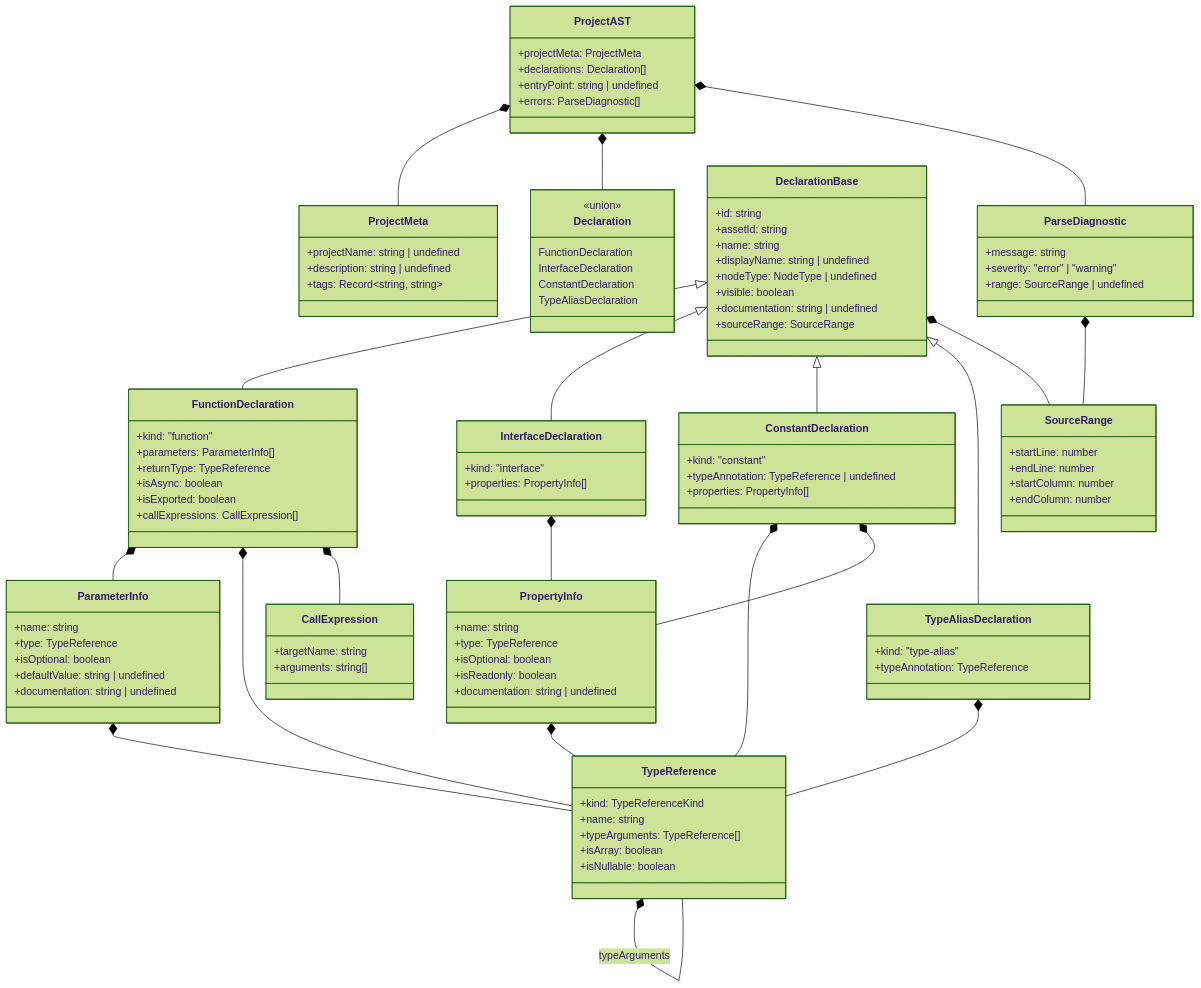
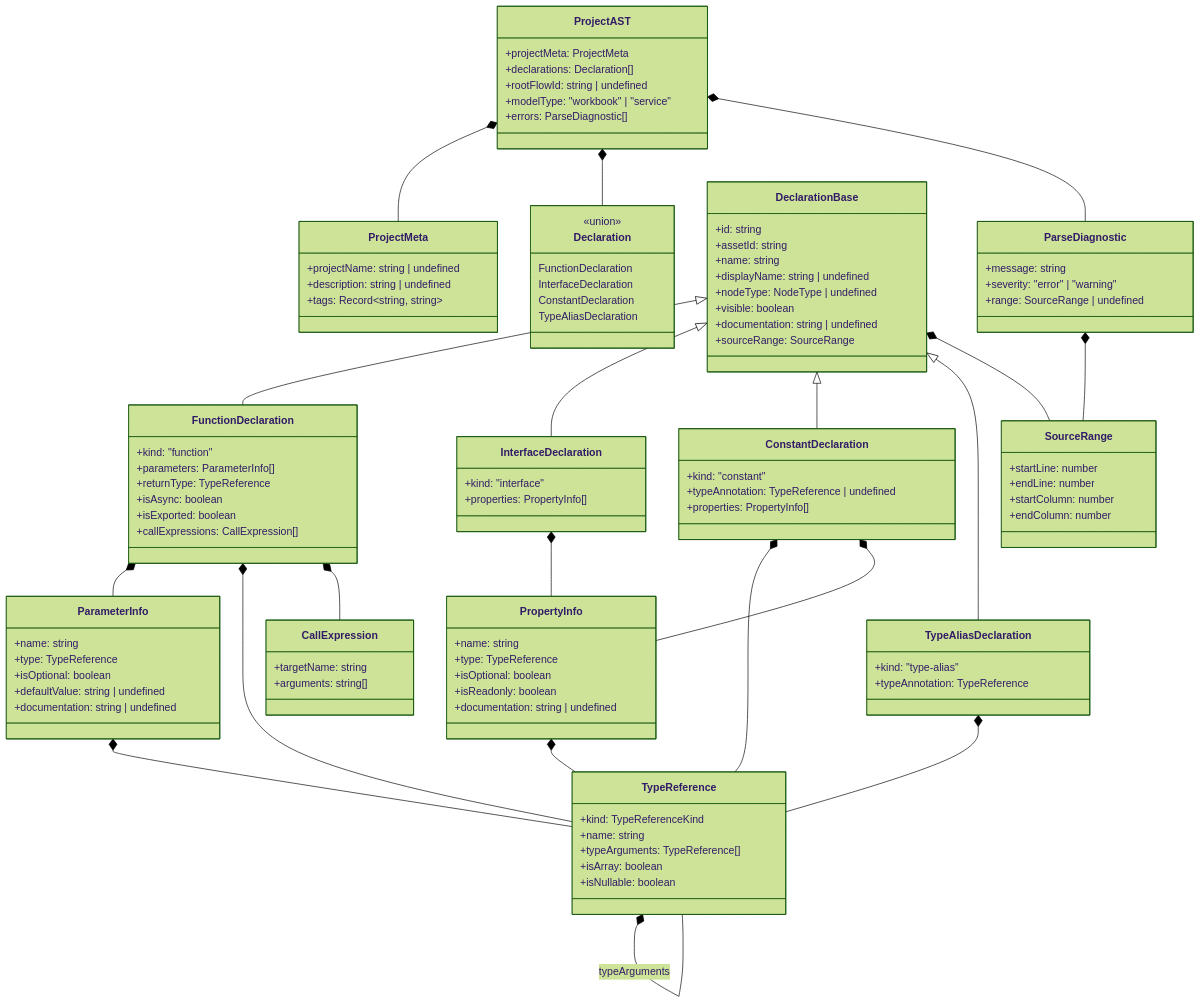
Before and after one commit to rimvydasb/open-modeler-ts: the second of 5 diagrams in docs/03-AST-PARSING.md, drawn with Mermaid (forest theme). The commit also changed other lines of this file and 1 other file, not shown here.

Commit message:
refactor architecture documentation: update ProjectAST structure to include rootFlowId and modelType, and enhance flow graph derivation algorithm

```diff
--- a/docs/03-AST-PARSING.md
+++ b/docs/03-AST-PARSING.md
@@ -88,7 +88,8 @@
     class ProjectAST {
         +projectMeta: ProjectMeta
         +declarations: Declaration[]
-        +entryPoint: string | undefined
+        +rootFlowId: string | undefined
+        +modelType: "workbook" | "service"
         +errors: ParseDiagnostic[]
     }
 
```
